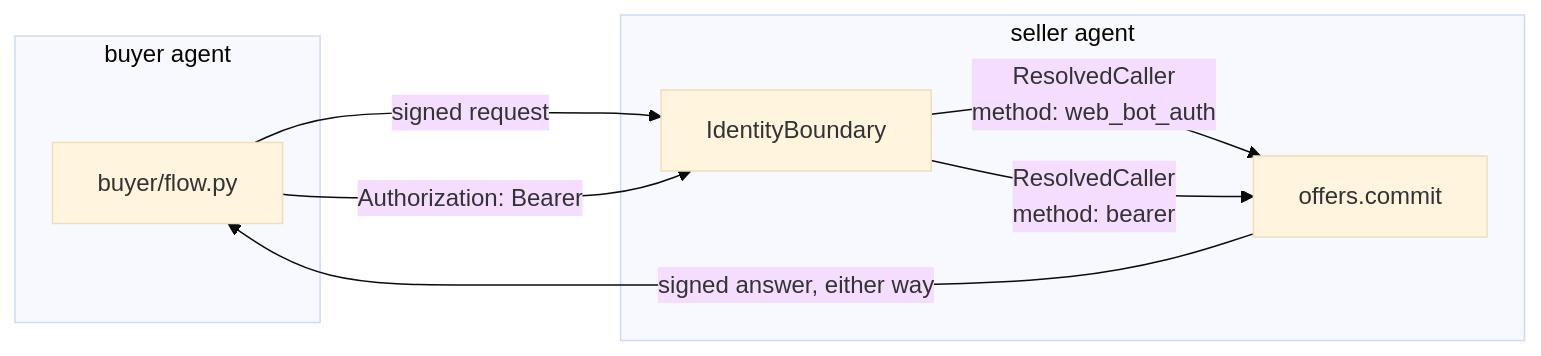
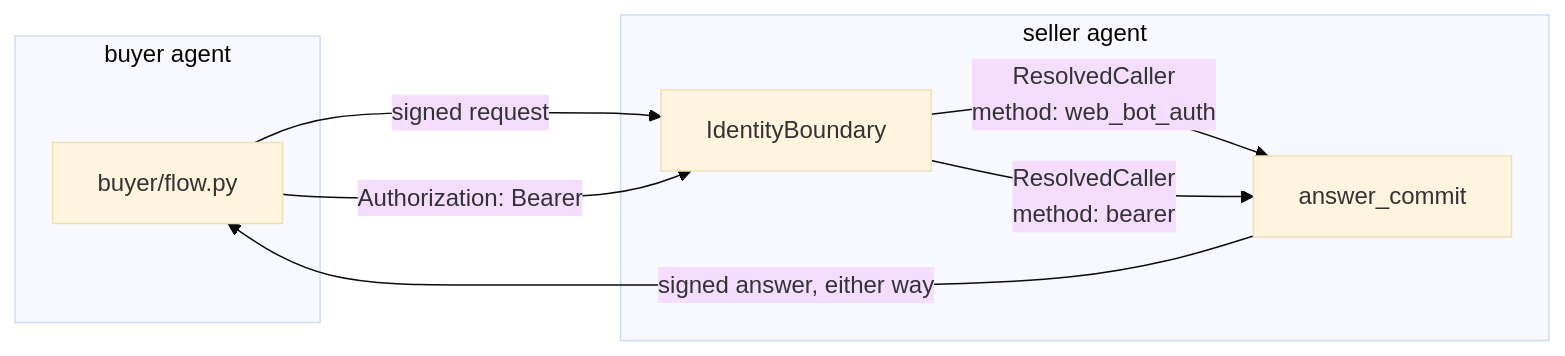
The third of 7 diagrams in README.md (KonstantinMirin/openproposal-web-bot-auth), drawn with Mermaid (base theme) before and after one commit. The commit also changed other lines of this file and 34 other files, not shown here.

````diff
--- a/README.md
+++ b/README.md
@@ -129,13 +129,13 @@
 ```mermaid
 flowchart LR
     subgraph buyer[buyer agent]
         F[buyer/flow.py]
     end
     F -- "signed request" --> RC
     F -- "Authorization: Bearer" --> RC
     subgraph seller[seller agent]
-        RC[IdentityBoundary] -- "ResolvedCaller<br/>method: web_bot_auth" --> O[offers.commit]
+        RC[IdentityBoundary] -- "ResolvedCaller<br/>method: web_bot_auth" --> O[answer_commit]
         RC -- "ResolvedCaller<br/>method: bearer" --> O
     end
     O -- "signed answer, either way" --> F
 ```
````
